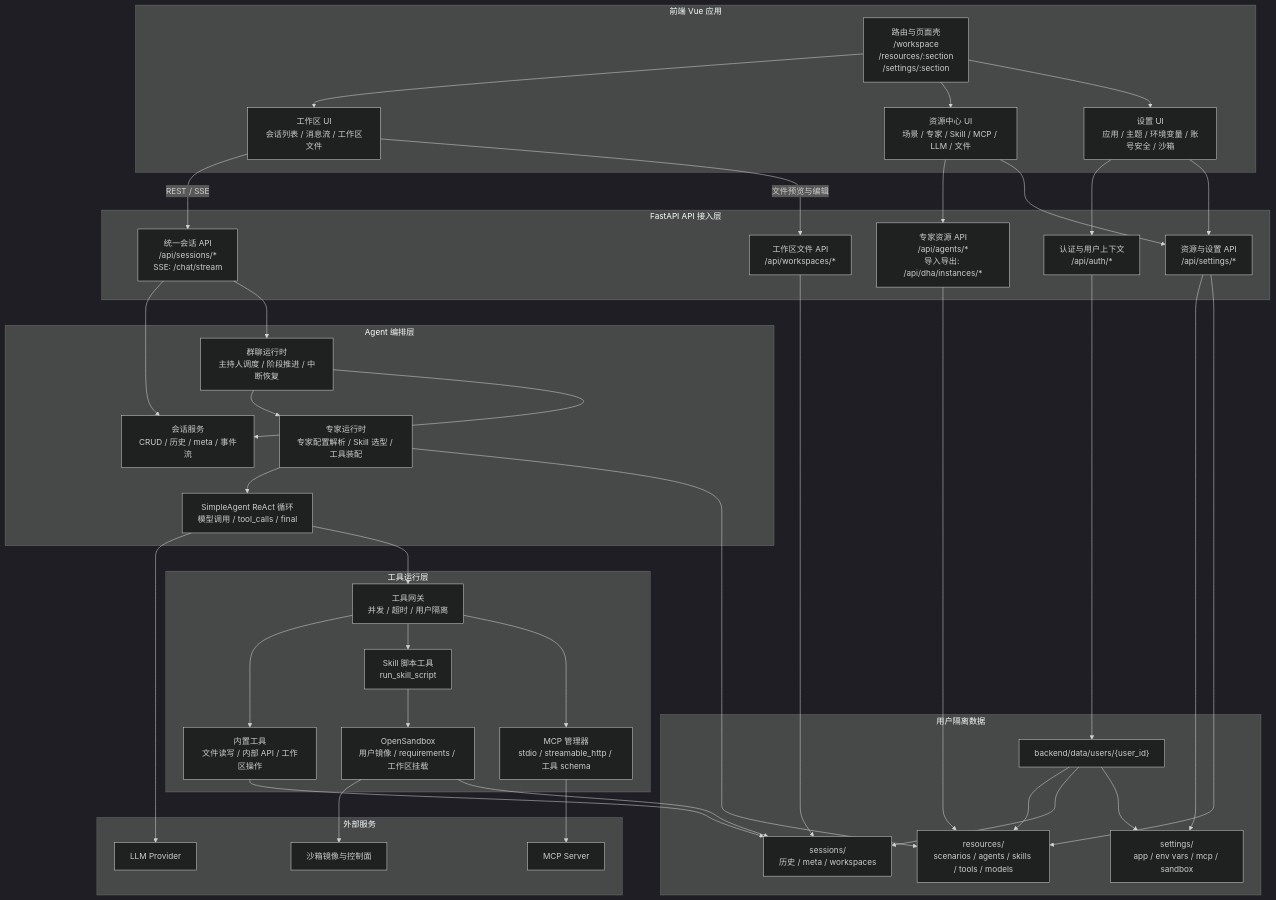
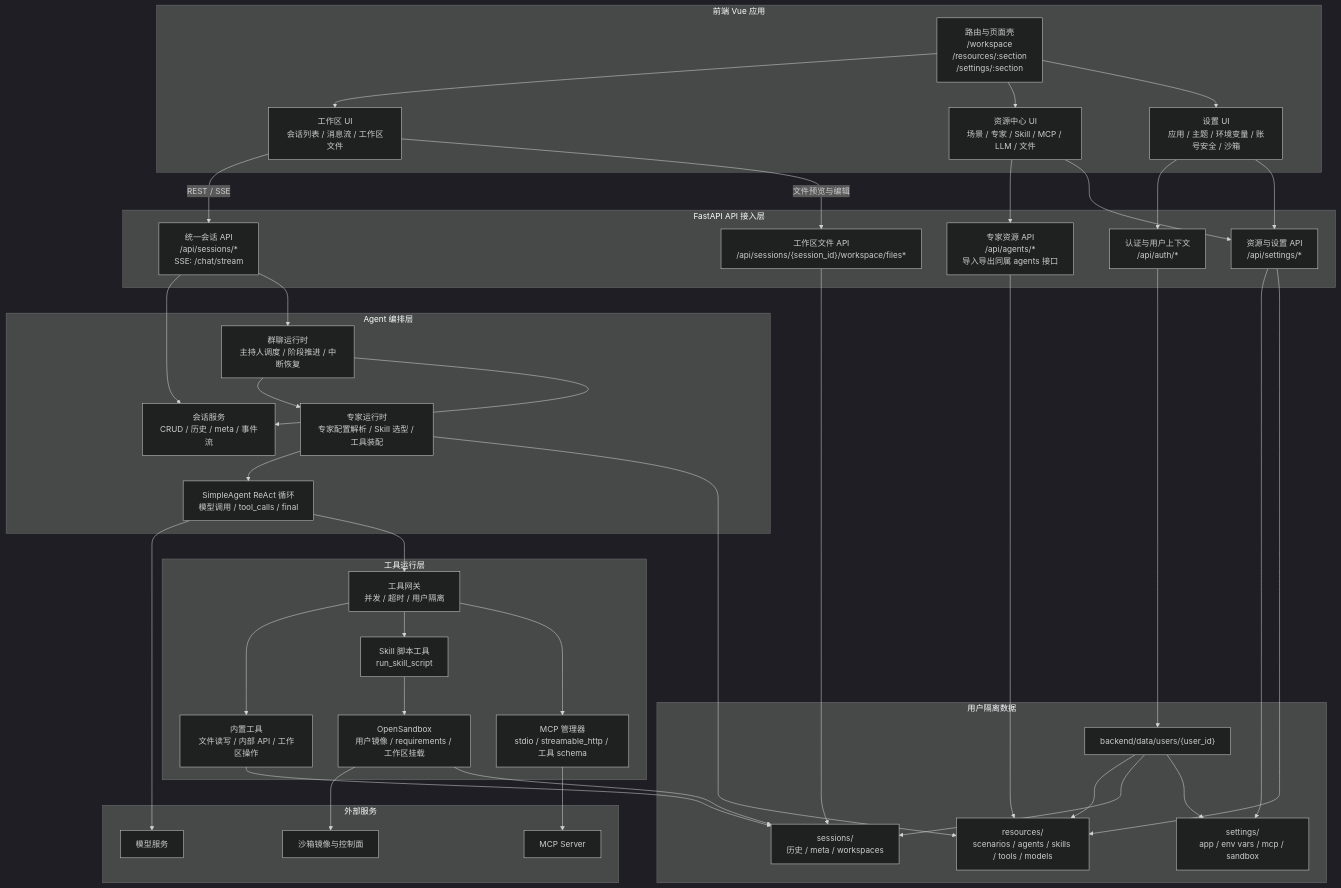
The second of 2 diagrams in docs/architecture/system-architecture.md (gaoguodong03/shichai), drawn with Mermaid (dark theme) before and after one commit. The commit also changed other lines of this file and 25 other files, not shown here.

````diff
--- a/docs/architecture/system-architecture.md
+++ b/docs/architecture/system-architecture.md
@@ -54,82 +54,82 @@
 ```mermaid
 flowchart TB
   subgraph FE["前端 Vue 应用"]
     Router["路由与页面壳<br/>/workspace<br/>/resources/:section<br/>/settings/:section"]
     WorkspaceUI["工作区 UI<br/>会话列表 / 消息流 / 工作区文件"]
     ResourceUI["资源中心 UI<br/>场景 / 专家 / Skill / MCP / LLM / 文件"]
     SettingsUI["设置 UI<br/>应用 / 主题 / 环境变量 / 账号安全 / 沙箱"]
   end
 
   subgraph API["FastAPI API 接入层"]
     AuthAPI["认证与用户上下文<br/>/api/auth/*"]
     SessionsAPI["统一会话 API<br/>/api/sessions/*<br/>SSE: /chat/stream"]
-    AgentsAPI["专家资源 API<br/>/api/agents/*<br/>导入导出: /api/dha/instances/*"]
+    AgentsAPI["专家资源 API<br/>/api/agents/*<br/>导入导出同属 agents 接口"]
     SettingsAPI["资源与设置 API<br/>/api/settings/*"]
-    FilesAPI["工作区文件 API<br/>/api/workspaces/*"]
+    FilesAPI["工作区文件 API<br/>/api/sessions/{session_id}/workspace/files*"]
   end
 
   subgraph ORCH["Agent 编排层"]
     GroupRuntime["群聊运行时<br/>主持人调度 / 阶段推进 / 中断恢复"]
     SessionService["会话服务<br/>CRUD / 历史 / meta / 事件流"]
     ExpertRuntime["专家运行时<br/>专家配置解析 / Skill 选型 / 工具装配"]
     SimpleAgent["SimpleAgent ReAct 循环<br/>模型调用 / tool_calls / final"]
   end
 
   subgraph TOOL["工具运行层"]
     ToolGateway["工具网关<br/>并发 / 超时 / 用户隔离"]
     BuiltinTools["内置工具<br/>文件读写 / 内部 API / 工作区操作"]
     SkillScript["Skill 脚本工具<br/>run_skill_script"]
     MCPManager["MCP 管理器<br/>stdio / streamable_http / 工具 schema"]
     Sandbox["OpenSandbox<br/>用户镜像 / requirements / 工作区挂载"]
   end
 
   subgraph DATA["用户隔离数据"]
     UserRoot["backend/data/users/{user_id}"]
     Resources["resources/<br/>scenarios / agents / skills / tools / models"]
     Sessions["sessions/<br/>历史 / meta / workspaces"]
     Config["settings/<br/>app / env vars / mcp / sandbox"]
   end
 
   subgraph EXT["外部服务"]
-    LLM["LLM Provider"]
+    LLM["模型服务"]
     MCPServer["MCP Server"]
     SandboxImage["沙箱镜像与控制面"]
   end
 
   Router --> WorkspaceUI
   Router --> ResourceUI
   Router --> SettingsUI
   WorkspaceUI -->|REST / SSE| SessionsAPI
   WorkspaceUI -->|文件预览与编辑| FilesAPI
   ResourceUI --> AgentsAPI
   ResourceUI --> SettingsAPI
   SettingsUI --> AuthAPI
   SettingsUI --> SettingsAPI
 
   AuthAPI --> UserRoot
   SessionsAPI --> SessionService
   SessionsAPI --> GroupRuntime
   AgentsAPI --> Resources
   SettingsAPI --> Config
   SettingsAPI --> Resources
   FilesAPI --> Sessions
 
   GroupRuntime --> ExpertRuntime
   GroupRuntime --> SessionService
   ExpertRuntime --> SimpleAgent
   ExpertRuntime --> Resources
   SimpleAgent --> LLM
   SimpleAgent --> ToolGateway
   ToolGateway --> BuiltinTools
   ToolGateway --> SkillScript
   ToolGateway --> MCPManager
   SkillScript --> Sandbox
   MCPManager --> MCPServer
   Sandbox --> SandboxImage
   BuiltinTools --> Sessions
   Sandbox --> Sessions
 
   UserRoot --> Resources
   UserRoot --> Sessions
   UserRoot --> Config
 ```
````
